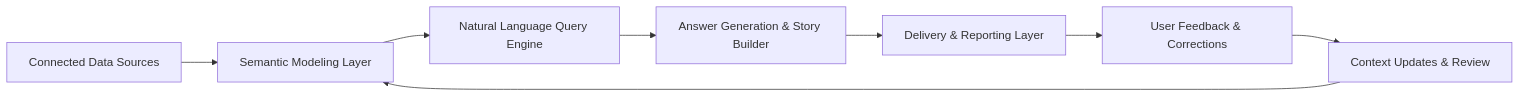
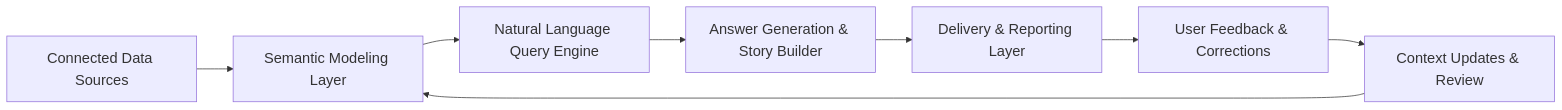
Before and after one commit to soham-wisdom/docs: the diagram in getting-started/how-wisdom-ai-works.mdx, drawn with Mermaid. The commit also changed other lines of this file, not shown here.

````diff
--- a/getting-started/how-wisdom-ai-works.mdx
+++ b/getting-started/how-wisdom-ai-works.mdx
@@ -63,10 +63,11 @@
 ```mermaid
+%%{ init: { 'themeVariables': { 'fontSize': '20px' } } }%%
 graph LR
     A[Connected Data Sources] --> B[Semantic Modeling Layer]
     B --> C[Natural Language Query Engine]
     C --> D[Answer Generation & Story Builder]
     D --> E[Delivery & Reporting Layer]
     E --> F[User Feedback & Corrections]
     F --> G[Context Updates & Review]
     G --> B
 ```
````
